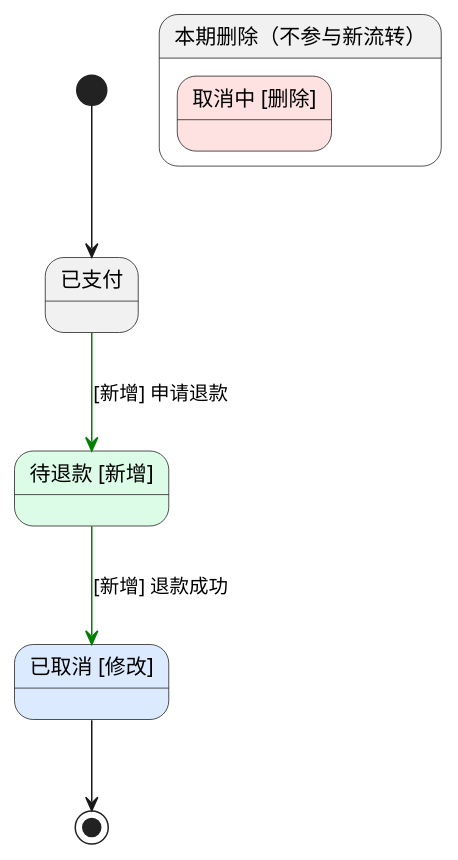
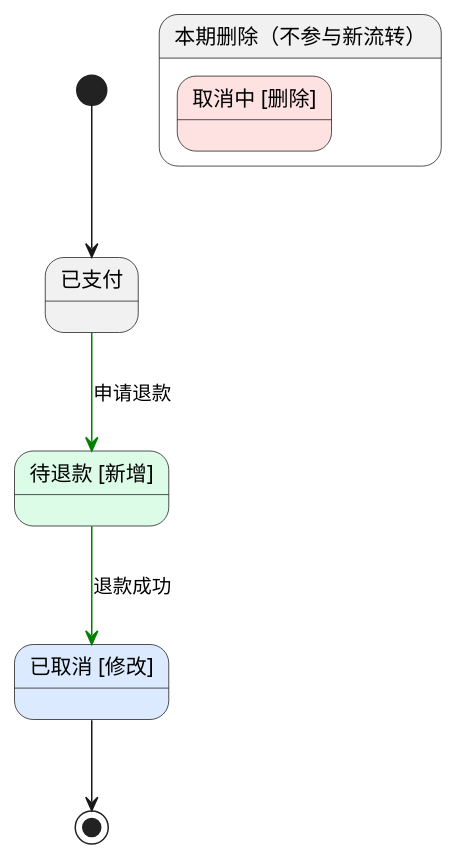
The second of 2 diagrams in keel-plan/skills/keel-plan/assets/plan-review-template.md (Leeycw96/harness-project), drawn with PlantUML before and after one commit. The commit also changed 13 other files, not shown here.

````diff
--- a/keel-plan/skills/keel-plan/assets/plan-review-template.md
+++ b/keel-plan/skills/keel-plan/assets/plan-review-template.md
@@ -39,14 +39,14 @@
 ```plantuml
 @startuml
 state "已支付" as PAID
 state "待退款 [新增]" as REFUND_PENDING #DCFCE7
 state "已取消 [修改]" as CANCELLED #DBEAFE
 [*] --> PAID
-PAID -[#green]-> REFUND_PENDING : [新增] 申请退款
-REFUND_PENDING -[#green]-> CANCELLED : [新增] 退款成功
+PAID -[#green]-> REFUND_PENDING : 申请退款
+REFUND_PENDING -[#green]-> CANCELLED : 退款成功
 CANCELLED --> [*]
 state "本期删除（不参与新流转）" as REMOVED {
   state "取消中 [删除]" as CANCELLING #FEE2E2
 }
 @enduml
 ```
````
